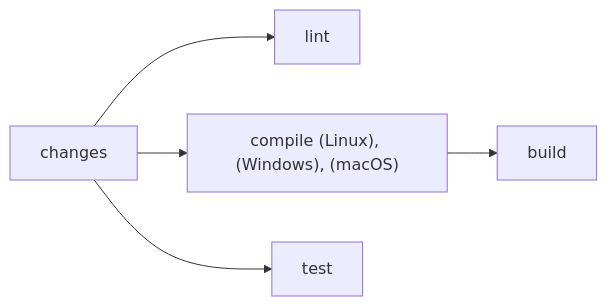
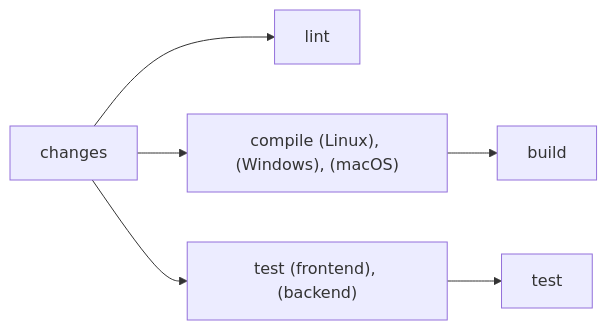
The second of 3 diagrams in docs/infrastructure/pipelines.md (SoltuneMontepre/medilab), drawn with Mermaid before and after one commit. The commit also changed other lines of this file and 1 other file, not shown here.

````diff
--- a/docs/infrastructure/pipelines.md
+++ b/docs/infrastructure/pipelines.md
@@ -66,6 +66,6 @@
 ```mermaid
 flowchart LR
     changes --> lint
     changes --> compile["compile (Linux), (Windows), (macOS)"] --> build
-    changes --> test
+    changes --> runners["test (frontend), (backend)"] --> test
 ```
````
